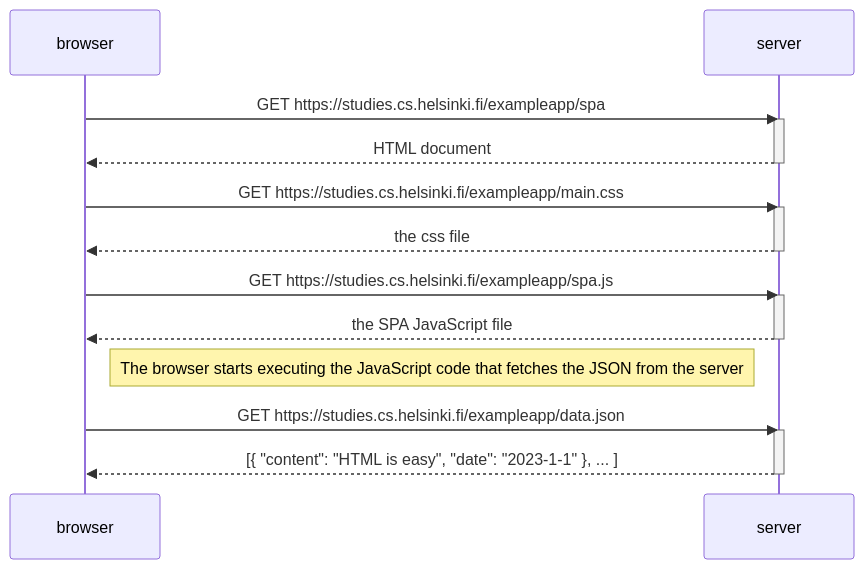
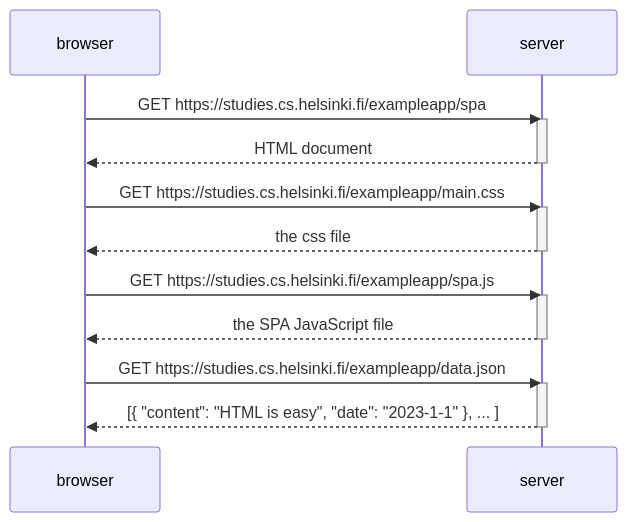
One commit to linneahaapio/part0 changed the diagram in 0_5.md. Above: the diagram before and after it, drawn with Mermaid.

Commit message:
Exercise 0.5

````diff
--- a/0_5.md
+++ b/0_5.md
@@ -1,29 +1,27 @@
 ```mermaid
 
 sequenceDiagram
     participant browser
     participant server
 
     browser->>server: GET https://studies.cs.helsinki.fi/exampleapp/spa
     activate server
     server-->>browser: HTML document
     deactivate server
 
     browser->>server: GET https://studies.cs.helsinki.fi/exampleapp/main.css
     activate server
     server-->>browser: the css file
     deactivate server
 
     browser->>server: GET https://studies.cs.helsinki.fi/exampleapp/spa.js
     activate server
     server-->>browser: the SPA JavaScript file
     deactivate server
 
-    Note right of browser: The browser starts executing the JavaScript code that fetches the JSON from the server
-
     browser->>server: GET https://studies.cs.helsinki.fi/exampleapp/data.json
     activate server
     server-->>browser: [{ "content": "HTML is easy", "date": "2023-1-1" }, ... ]
     deactivate server
 
 ```
````
